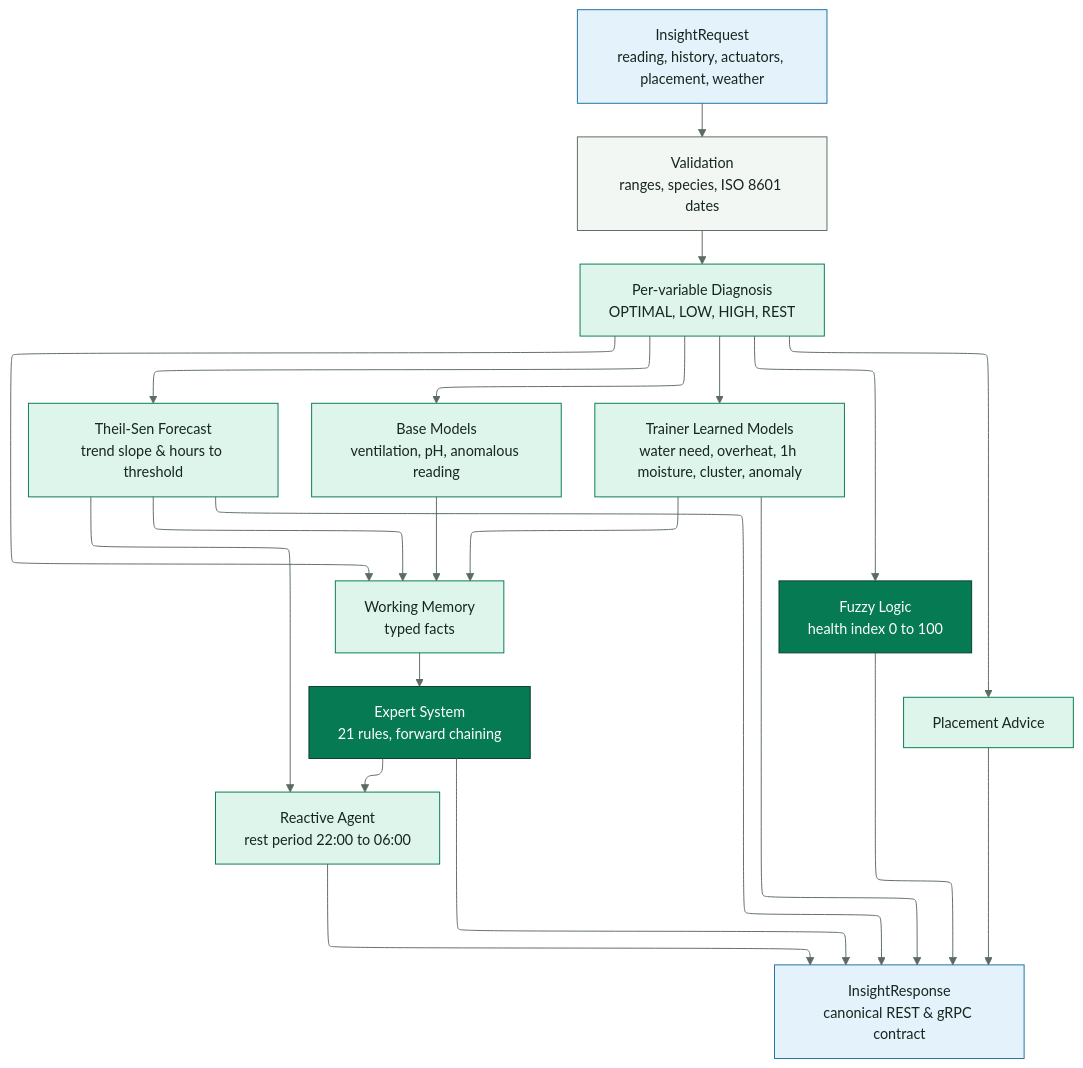
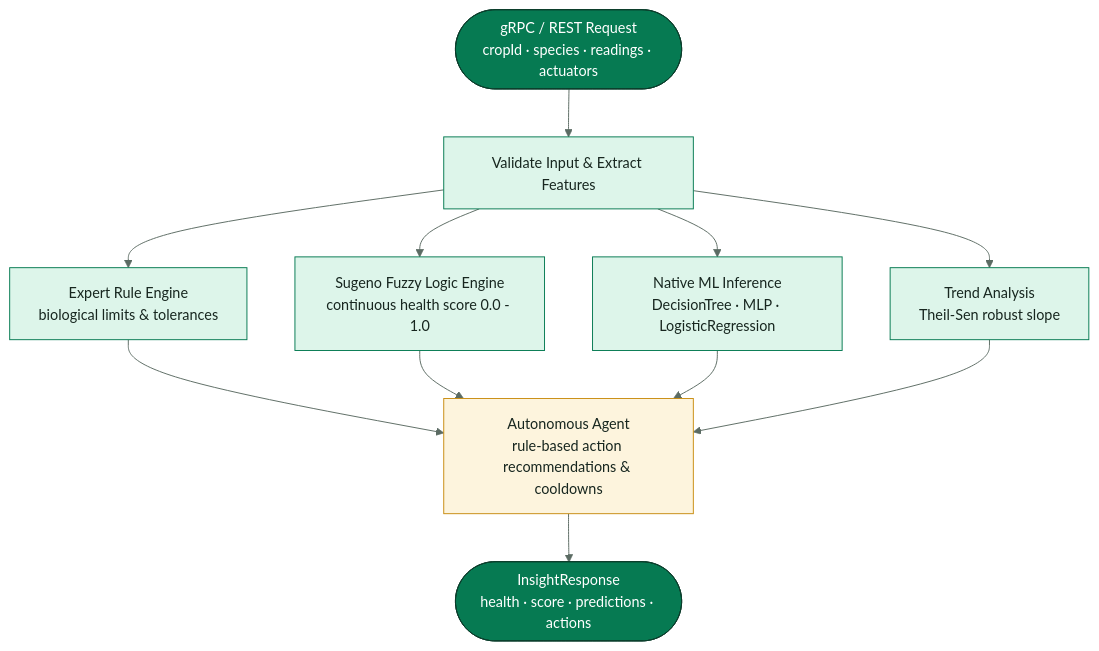
The second of 3 diagrams in docs/SmartPot_IA_Rust_Documentation.md (SmartPotTech/SmartPot-AI), drawn with Mermaid before and after one commit. The commit also changed other lines of this file and 11 other files, not shown here.

Commit message:
docs(specs): synchronize 100% english documentation, diagrams, and formal deliverables

````diff
--- a/docs/SmartPot_IA_Rust_Documentation.md
+++ b/docs/SmartPot_IA_Rust_Documentation.md
@@ -96,34 +92,21 @@
 ```mermaid
-%%{init: {"theme": "base", "fontFamily": "Segoe UI, Arial, sans-serif", "themeVariables": {"fontFamily": "Segoe UI, Arial, sans-serif", "fontSize": "15px", "primaryColor": "#DDF5EA", "primaryTextColor": "#17261F", "primaryBorderColor": "#067A52", "secondaryColor": "#E3F2FB", "secondaryTextColor": "#17261F", "secondaryBorderColor": "#1F6FA0", "tertiaryColor": "#F2F7F4", "tertiaryTextColor": "#17261F", "tertiaryBorderColor": "#D5E3DC", "lineColor": "#5B6B63", "textColor": "#17261F", "mainBkg": "#DDF5EA", "nodeBorder": "#067A52", "clusterBkg": "#F7FAF8", "clusterBorder": "#D5E3DC", "edgeLabelBackground": "#FFFFFF", "actorBkg": "#067A52", "actorBorder": "#0B3D2B", "actorTextColor": "#FFFFFF", "actorLineColor": "#5B6B63", "signalColor": "#17261F", "signalTextColor": "#17261F", "labelBoxBkgColor": "#0B3D2B", "labelBoxBorderColor": "#0B3D2B", "labelTextColor": "#FFFFFF", "loopTextColor": "#0B3D2B", "noteBkgColor": "#FDF4DD", "noteBorderColor": "#C98D12", "noteTextColor": "#17261F", "activationBkgColor": "#DDF5EA", "activationBorderColor": "#067A52", "attributeBackgroundColorOdd": "#FFFFFF", "attributeBackgroundColorEven": "#F2F7F4"}, "layout": "elk", "elk": {"nodePlacementStrategy": "BRANDES_KOEPF", "mergeEdges": false, "cycleBreakingStrategy": "GREEDY"}}}%%
+%%{init: {"theme": "base", "fontFamily": "Segoe UI, Arial, sans-serif", "themeVariables": {"fontFamily": "Segoe UI, Arial, sans-serif", "fontSize": "15px", "primaryColor": "#DDF5EA", "primaryTextColor": "#17261F", "primaryBorderColor": "#067A52", "secondaryColor": "#E3F2FB", "secondaryTextColor": "#17261F", "secondaryBorderColor": "#1F6FA0", "tertiaryColor": "#F2F7F4", "tertiaryTextColor": "#17261F", "tertiaryBorderColor": "#D5E3DC", "lineColor": "#5B6B63", "textColor": "#17261F", "mainBkg": "#DDF5EA", "nodeBorder": "#067A52", "clusterBkg": "#F7FAF8", "clusterBorder": "#D5E3DC", "edgeLabelBackground": "#FFFFFF", "actorBkg": "#067A52", "actorBorder": "#0B3D2B", "actorTextColor": "#FFFFFF", "actorLineColor": "#5B6B63", "signalColor": "#17261F", "signalTextColor": "#17261F", "labelBoxBkgColor": "#0B3D2B", "labelBoxBorderColor": "#0B3D2B", "labelTextColor": "#FFFFFF", "loopTextColor": "#0B3D2B", "noteBkgColor": "#FDF4DD", "noteBorderColor": "#C98D12", "noteTextColor": "#17261F", "activationBkgColor": "#DDF5EA", "activationBorderColor": "#067A52", "attributeBackgroundColorOdd": "#FFFFFF", "attributeBackgroundColorEven": "#F2F7F4"}}}%%
 flowchart TB
-  request["InsightRequest<br/>reading, history, actuators, placement, weather"]
-  validate["Validation<br/>ranges, species, ISO 8601 dates"]
-  diagnosis["Per-variable Diagnosis<br/>OPTIMAL, LOW, HIGH, REST"]
-  forecast["Theil-Sen Forecast<br/>trend slope & hours to threshold"]
-  base["Base Models<br/>ventilation, pH, anomalous reading"]
-  learned["Trainer Learned Models<br/>water need, overheat, 1h moisture, cluster, anomaly"]
-  memory["Working Memory<br/>typed facts"]
-  rules["Expert System<br/>21 rules, forward chaining"]
-  fuzzy["Fuzzy Logic<br/>health index 0 to 100"]
-  agent["Reactive Agent<br/>rest period 22:00 to 06:00"]
-  place["Placement Advice"]
-  response["InsightResponse<br/>canonical REST & gRPC contract"]
-  request --> validate --> diagnosis
-  diagnosis --> forecast & base & learned & fuzzy
-  forecast & base & learned & diagnosis --> memory
-  memory --> rules
-  rules --> agent
-  forecast --> agent
-  diagnosis --> place
-  fuzzy & rules & agent & place & forecast & learned --> response
+  req(["gRPC / REST Request<br/>cropId · species · readings · actuators"]) --> validate["Validate Input & Extract Features"]
+  validate --> expert["Expert Rule Engine<br/>biological limits & tolerances"]
+  validate --> fuzzy["Sugeno Fuzzy Logic Engine<br/>continuous health score 0.0 - 1.0"]
+  validate --> ml["Native ML Inference<br/>DecisionTree · MLP · LogisticRegression"]
+  validate --> trend["Trend Analysis<br/>Theil-Sen robust slope"]
+  expert & fuzzy & ml & trend --> agent["Autonomous Agent<br/>rule-based action recommendations & cooldowns"]
+  agent --> resp(["InsightResponse<br/>health · score · predictions · actions"])
   classDef leaf fill:#DDF5EA,stroke:#067A52,color:#17261F
   classDef water fill:#E3F2FB,stroke:#1F6FA0,color:#17261F
   classDef sun fill:#FDF4DD,stroke:#C98D12,color:#17261F
   classDef clay fill:#FBE9E1,stroke:#B85A38,color:#17261F
   classDef core fill:#067A52,stroke:#0B3D2B,color:#FFFFFF
+  classDef deep fill:#0B3D2B,stroke:#06281C,color:#FFFFFF
   classDef muted fill:#F2F7F4,stroke:#5B6B63,color:#17261F
-  class request,response water
-  class validate muted
-  class rules,fuzzy core
-  class diagnosis,forecast,base,learned,memory,agent,place leaf
+  class req,resp core
+  class validate,expert,fuzzy,ml,trend leaf
+  class agent sun
 ```
````
